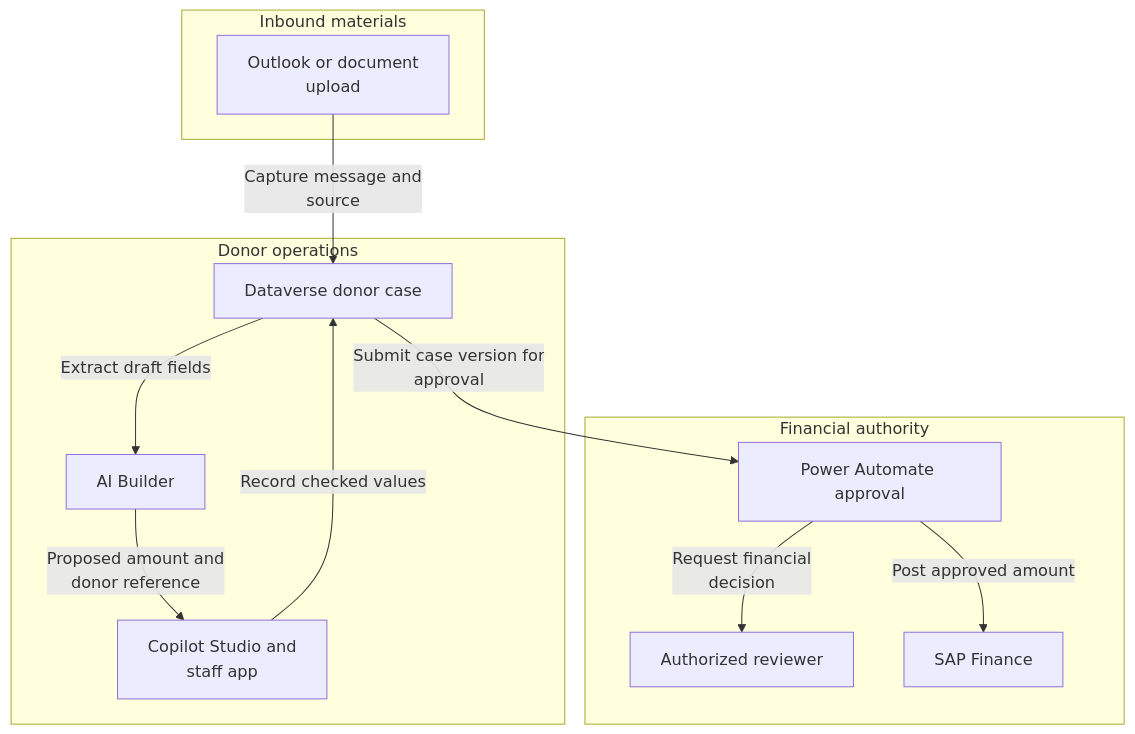
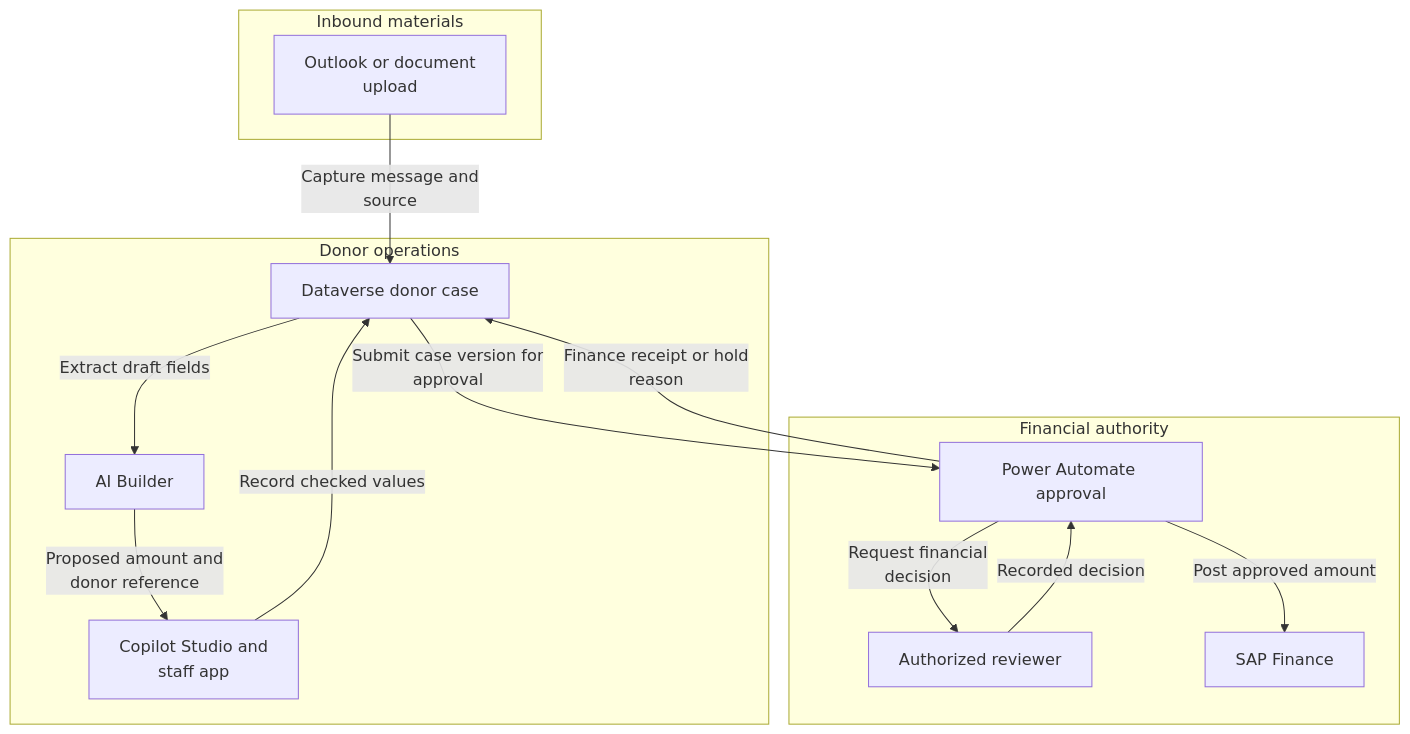
Before and after one commit to abhishek-ai-enabler/copilotstudio-architecture-patterns: the first of 2 diagrams in solution-ideas/donor-management.md, drawn with Mermaid. The commit also changed other lines of this file and 41 other files, not shown here.

First line of the commit message:
Review diagrams: add return paths and fix flow accuracy

````diff
--- a/solution-ideas/donor-management.md
+++ b/solution-ideas/donor-management.md
@@ -7,25 +7,27 @@
 ```mermaid
 flowchart TB
     accTitle: Donor inquiry intake, approvals and finance reconciliation - architecture
     accDescr: Approve the fundraising-to-finance handoff only when the reviewed amount and decision are traceable to the original form. A draft consent flag is not outreach authorization.
     subgraph group0["Inbound materials"]
         O["Outlook or document<br/>upload"]
     end
     subgraph group1["Donor operations"]
         D["Dataverse donor case"]
         X["AI Builder"]
         A["Copilot Studio and<br/>staff app"]
     end
     subgraph group4["Financial authority"]
         F["Power Automate approval"]
         H["Authorized reviewer"]
         S["SAP Finance"]
     end
     O -->|"Capture message and<br/>source"| D
     D -->|"Extract draft fields"| X
     X -->|"Proposed amount and<br/>donor reference"| A
     A -->|"Record checked values"| D
     D -->|"Submit case version for<br/>approval"| F
     F -->|"Request financial<br/>decision"| H
     F -->|"Post approved amount"| S
+    H -->|"Recorded decision"| F
+    F -->|"Finance receipt or hold<br/>reason"| D
 ```
````
